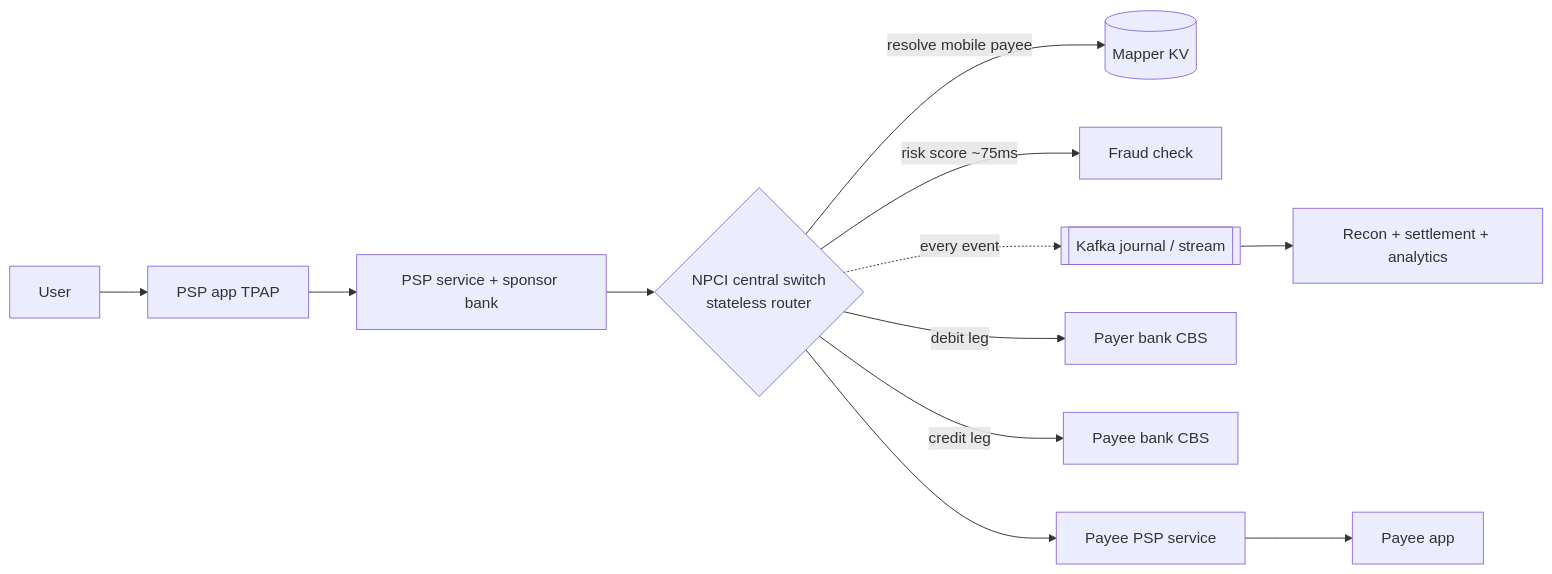
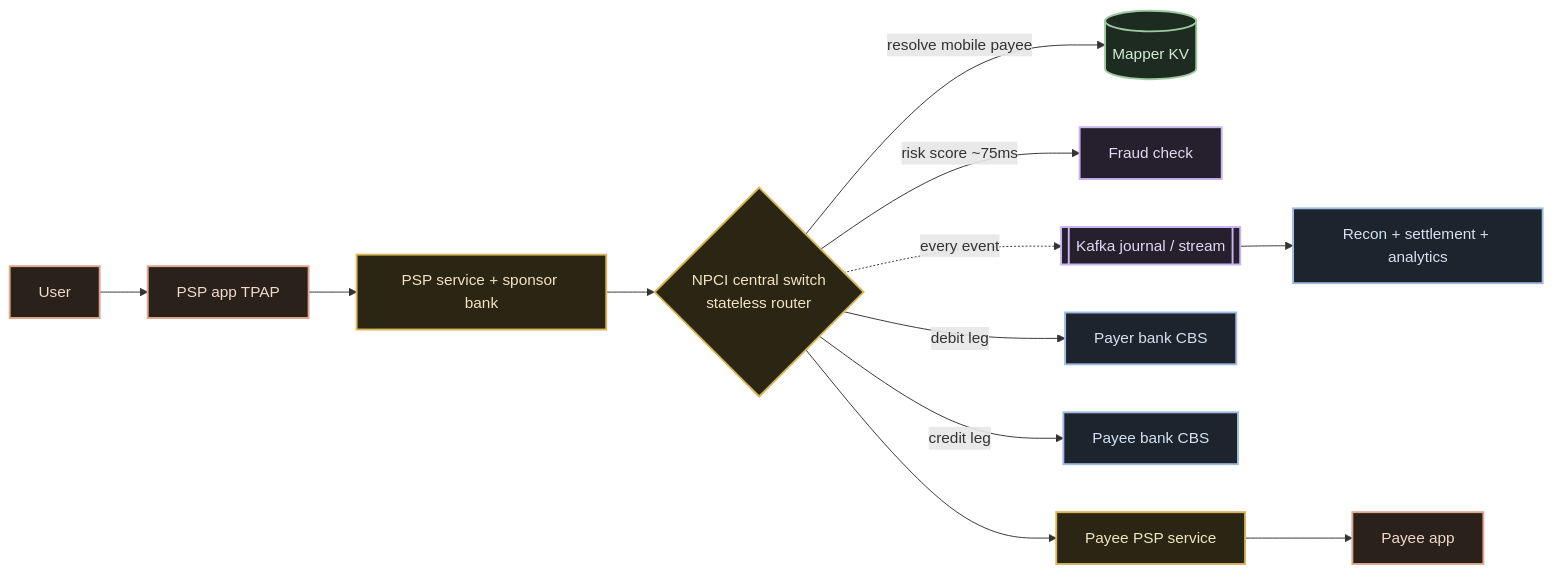
The diagram in upi/03-high-level-design.md (svssdeva/system-designs-with-deva), drawn with Mermaid before and after one commit. The commit also changed 4 other files, not shown here.

First line of the commit message:
docs: HTML site (docs/index.html) with rendered blackboard diagrams + polished README

````diff
--- a/upi/03-high-level-design.md
+++ b/upi/03-high-level-design.md
@@ -30,18 +30,30 @@
 ```mermaid
 flowchart LR
     U[User] --> APP[PSP app TPAP]
     APP --> PSP[PSP service + sponsor bank]
-    PSP --> SW{NPCI central switch\nstateless router}
+    PSP --> SW{NPCI central switch<br/>stateless router}
 
     SW -->|resolve mobile payee| MAP[(Mapper KV)]
     SW -->|risk score ~75ms| FR[Fraud check]
     SW -.->|every event| J[[Kafka journal / stream]]
 
     SW -->|debit leg| BA[Payer bank CBS]
     SW -->|credit leg| BB[Payee bank CBS]
 
     SW --> PPSP[Payee PSP service]
     PPSP --> PAPP[Payee app]
 
     J --> RECON[Recon + settlement + analytics]
+
+    class U,APP,PAPP client
+    class PSP,SW,PPSP svc
+    class MAP cache
+    class FR,J queue
+    class BA,BB bank
+    class RECON bank
+    classDef client fill:#2b211b,stroke:#dfa88f,stroke-width:2px,color:#f0d9cc;
+    classDef svc fill:#2b2513,stroke:#d8b45a,stroke-width:2px,color:#f0e4c4;
+    classDef cache fill:#1e2b20,stroke:#9fc9a2,stroke-width:2px,color:#d5ecd6;
+    classDef bank fill:#1e242e,stroke:#9fbbe0,stroke-width:2px,color:#d5e2f2;
+    classDef queue fill:#251f2e,stroke:#c8b6f0,stroke-width:2px,color:#e2d9f2;
 ```
````
